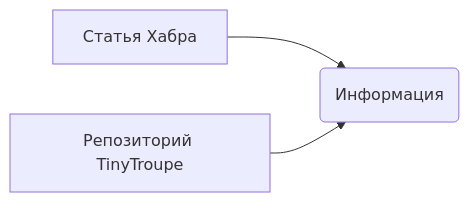
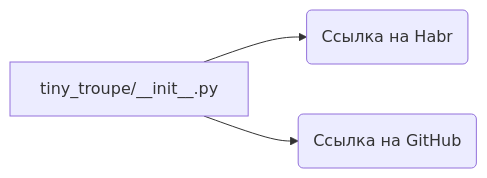
Before and after one commit to hypo69/hypo: the diagram in docs/gemini/ru/explainer/src/ai/tiny_troupe/__init__.md, drawn with Mermaid. The commit also changed other lines of this file and 877 other files, not shown here.

````diff
--- a/docs/gemini/ru/explainer/src/ai/tiny_troupe/__init__.md
+++ b/docs/gemini/ru/explainer/src/ai/tiny_troupe/__init__.md
@@ -17,5 +17,5 @@
 ```mermaid
 graph LR
-    A[Статья Хабра] --> B(Информация);
-    C[Репозиторий TinyTroupe] --> B(Информация);
+    A[tiny_troupe/__init__.py] --> B(Ссылка на Habr);
+    A --> C(Ссылка на GitHub);
 ```
````
